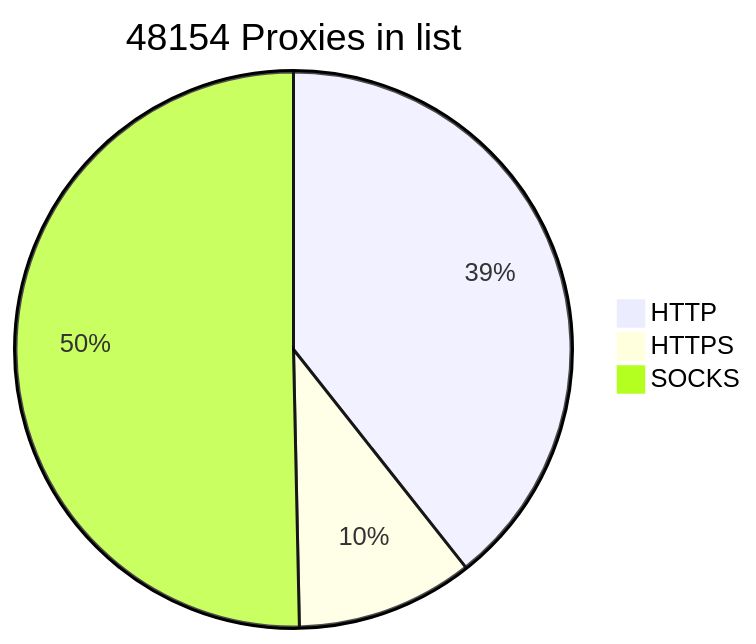
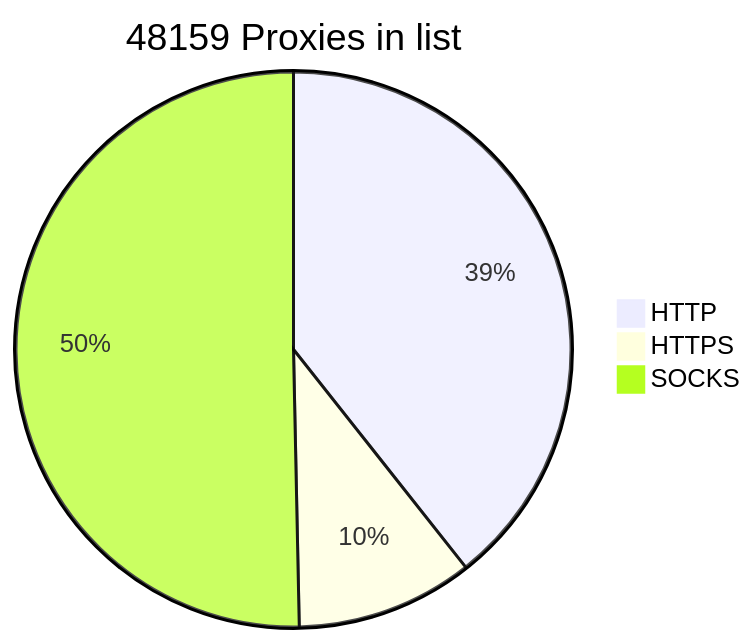
The diagram in README.md (BlackSnowDot/proxylist-update-every-minute), drawn with Mermaid before and after one commit.

````diff
--- a/README.md
+++ b/README.md
@@ -2,6 +2,6 @@
 ```mermaid
-pie title 48154 Proxies in list
-    "HTTP" : 20840
-    "HTTPS": 5460
+pie title 48159 Proxies in list
+    "HTTP" : 20842
+    "HTTPS": 5465
     "SOCKS" : 26659
 ```
````
